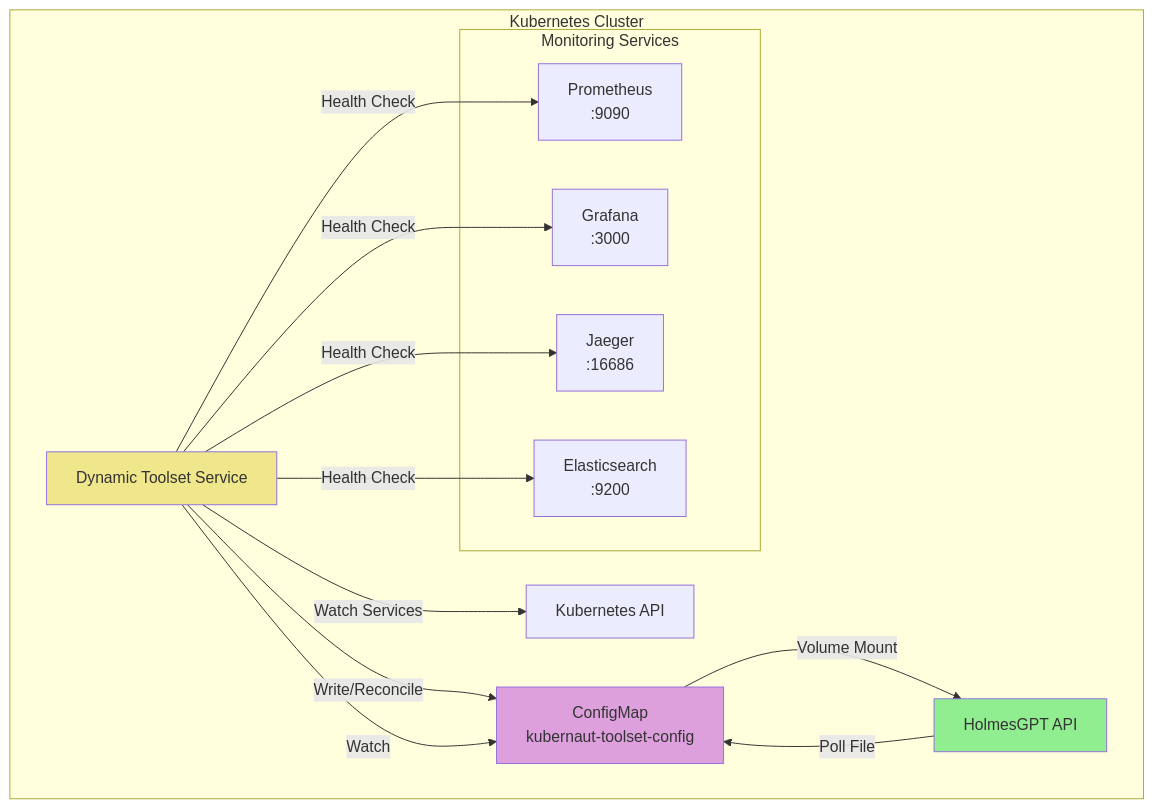
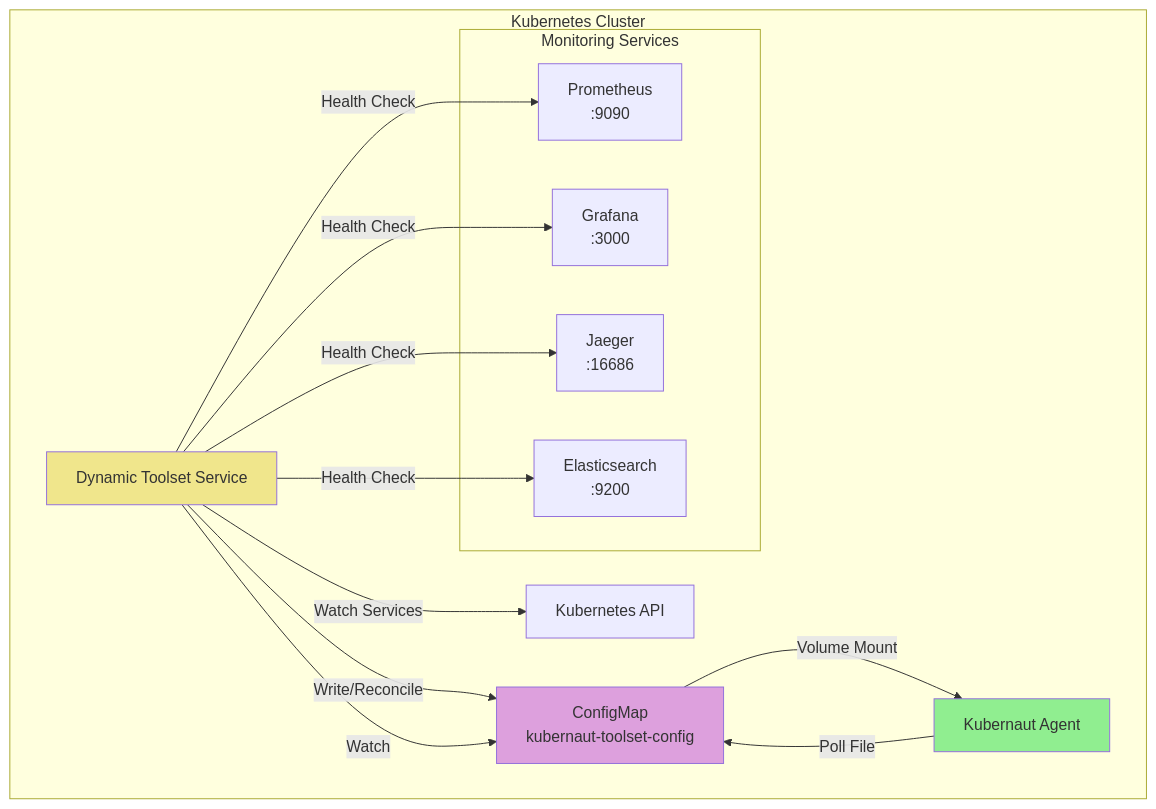
One commit to jordigilh/kubernaut changed the second of 2 diagrams in docs/services/stateless/dynamic-toolset/overview.md. Above: the diagram before and after it, drawn with Mermaid. The commit also changed other lines of this file and 36 other files, not shown here.

````diff
--- a/docs/services/stateless/dynamic-toolset/overview.md
+++ b/docs/services/stateless/dynamic-toolset/overview.md
@@ -517,36 +517,36 @@
 ```mermaid
 graph TB
     subgraph "Kubernetes Cluster"
         subgraph "Monitoring Services"
             PROM[Prometheus<br/>:9090]
             GRAF[Grafana<br/>:3000]
             JAEGER[Jaeger<br/>:16686]
             ES[Elasticsearch<br/>:9200]
         end
 
         DTS[Dynamic Toolset Service]
         CM[ConfigMap<br/>kubernaut-toolset-config]
-        HG[HolmesGPT API]
+        HG[Kubernaut Agent]
 
         K8S[Kubernetes API]
     end
 
     %% Service Discovery
     DTS -->|Watch Services| K8S
     DTS -->|Health Check| PROM
     DTS -->|Health Check| GRAF
     DTS -->|Health Check| JAEGER
     DTS -->|Health Check| ES
 
     %% ConfigMap Management
     DTS -->|Write/Reconcile| CM
     DTS -->|Watch| CM
 
-    %% HolmesGPT Integration
+    %% Kubernaut Agent Integration
     CM -->|Volume Mount| HG
     HG -->|Poll File| CM
 
     style DTS fill:#F0E68C
     style CM fill:#DDA0DD
     style HG fill:#90EE90
 ```
````
